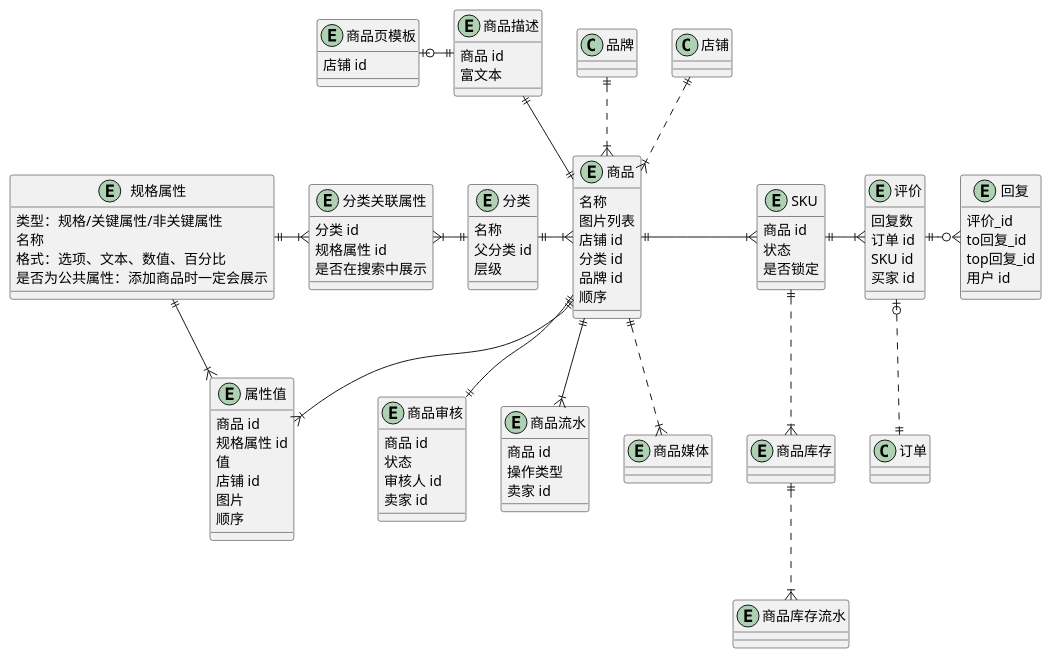
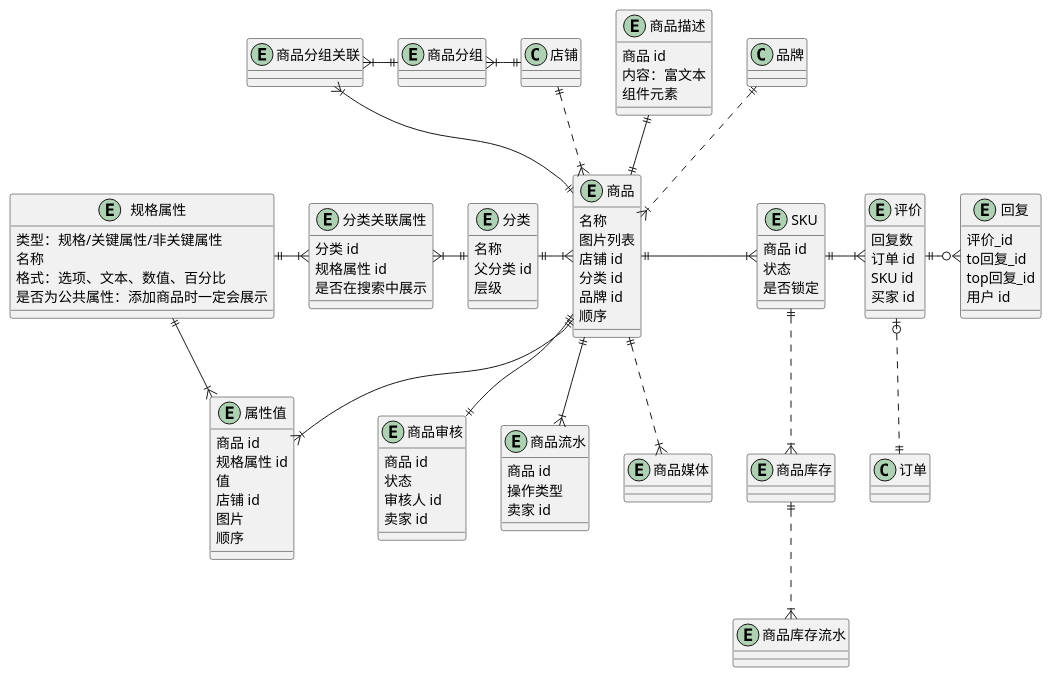
The diagram in 商品.wsd (awesomecat2020/mock-mall), drawn with PlantUML before and after one commit.

Commit message:
UML-商品分组

```diff
--- a/商品.wsd
+++ b/商品.wsd
@@ -1,110 +1,116 @@
 @startuml 商品UML
 
 ' ==================== 商品 ====================
 entity 商品 {
     名称
     图片列表
     店铺 id
     分类 id
     品牌 id
     顺序
 }
 entity SKU {
     商品 id
     状态
     是否锁定
 }
 entity 分类 {
     名称
     父分类 id
     层级
 }
 entity 商品审核 {
     商品 id
     状态
     审核人 id
     卖家 id
 }
 entity 商品流水 {
     商品 id
     操作类型
     卖家 id
 }
 entity 商品描述 {
     商品 id
-    富文本
-}
-entity 商品页模板 {
-    ' 暂不做
-    店铺 id
+    ' 字数要大于5个字符，小于25000个字符 ，受违禁词控制
+    内容：富文本
+    组件元素
 }
 entity 商品媒体 {
     ' 暂不做
 }
 entity 商品库存 {
     ' 暂不做
 }
 entity 商品库存流水 {
     ' 暂不做
 }
+entity 商品分组 {
+
+}
+entity 商品分组关联 {
+
+}
 
 店铺 ||..|{ 商品
 商品 }|.u.|| 品牌
 分类 ||-|{ 商品
 商品 ||-|{ SKU
 商品 ||--|| 商品审核
 商品 ||--|{ 商品流水
 商品 ||-u-|| 商品描述
-商品描述 ||-l-o| 商品页模板
 商品 ||..|{ 商品媒体
 SKU ||..|{ 商品库存
 商品库存 ||..|{ 商品库存流水
+商品 ||-u-|{ 商品分组关联
+商品分组关联 }|-|| 商品分组
+店铺 ||-l-|{ 商品分组
 
 ' ==================== 属性 ====================
 entity 规格属性 {
     ' 分类不同，规则属性不同
     类型：规格/关键属性/非关键属性
     名称
     格式：选项、文本、数值、百分比
     是否为公共属性：添加商品时一定会展示
 }
 entity 分类关联属性 {
     分类 id
     规格属性 id
     是否在搜索中展示
 }
 entity 属性值 {
     商品 id
     规格属性 id
     值
     店铺 id
     图片
     顺序
 }
 
 规格属性 ||-|{ 分类关联属性
 分类关联属性 }|-|| 分类
 规格属性 ||--|{ 属性值
 商品 ||--|{ 属性值
 
 
 ' ==================== 评价 ====================
 entity 评价 {
     回复数
     订单 id
     SKU id
     买家 id
 }
 entity 回复 {
     评价_id
     to回复_id
     top回复_id
     用户 id
 }
 
 
 SKU ||-|{ 评价
 评价 |o..|| 订单
 评价 ||-o{ 回复
 
 @enduml
```
